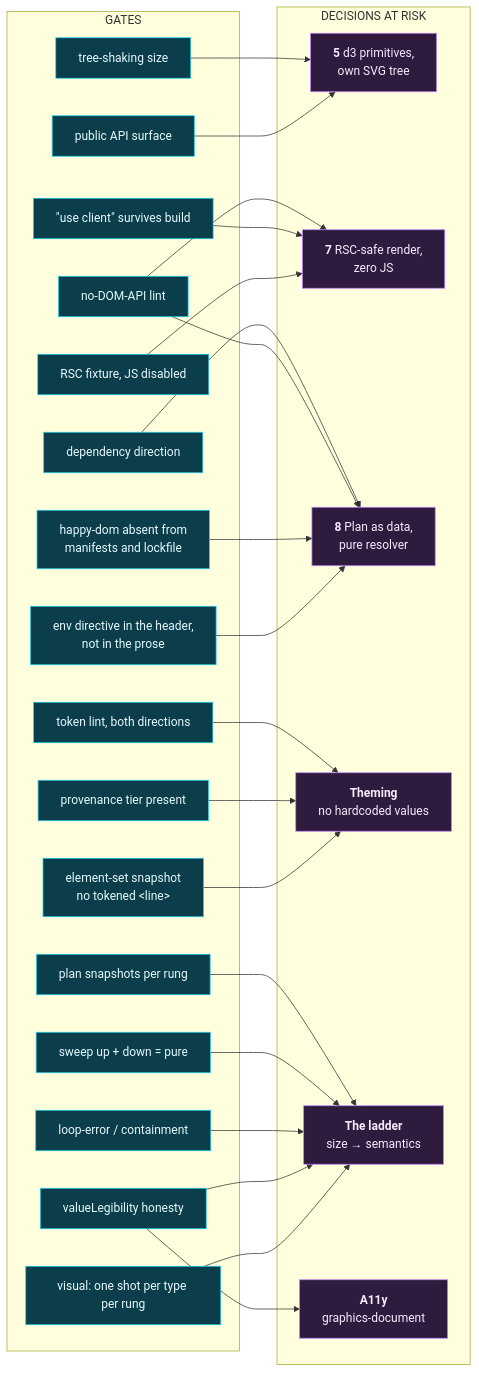
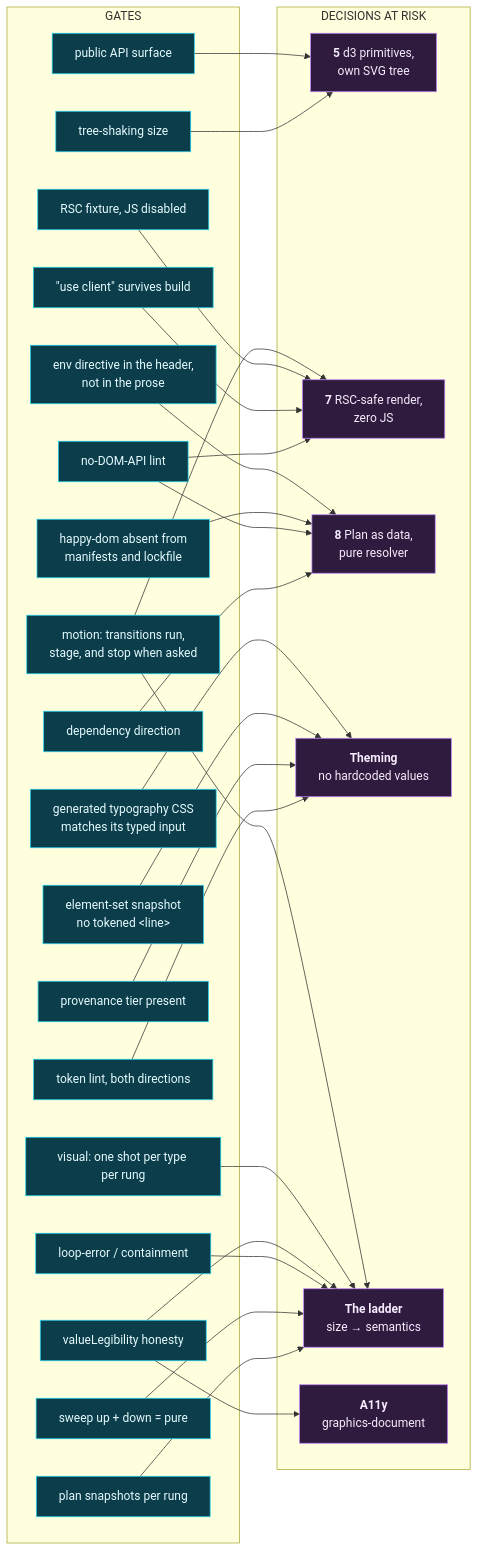
Before and after one commit to DeshpandeBoy/Defence-Charts: the first of 2 diagrams in research/maps/04-ci-gate-map.md, drawn with Mermaid. The commit also changed other lines of this file and 30 other files, not shown here.

````diff
--- a/research/maps/04-ci-gate-map.md
+++ b/research/maps/04-ci-gate-map.md
@@ -12,54 +12,59 @@
 ```mermaid
 flowchart LR
     subgraph d["DECISIONS AT RISK"]
         D5["<b>5</b> d3 primitives,<br/>own SVG tree"]
         D7["<b>7</b> RSC-safe render,<br/>zero JS"]
         D8["<b>8</b> Plan as data,<br/>pure resolver"]
         DT["<b>Theming</b><br/>no hardcoded values"]
         DL["<b>The ladder</b><br/>size → semantics"]
         DA["<b>A11y</b><br/>graphics-document"]
     end
 
     subgraph g["GATES"]
         G1["dependency direction"]
         G2["no-DOM-API lint"]
         G3["&quot;use client&quot; survives build"]
         G4["RSC fixture, JS disabled"]
         G5["tree-shaking size"]
         G6["public API surface"]
         G7["token lint, both directions"]
         G8["provenance tier present"]
         G9["plan snapshots per rung"]
         G10["sweep up + down = pure"]
         G11["loop-error / containment"]
         G12["valueLegibility honesty"]
         G13["visual: one shot per type per rung"]
         G14["element-set snapshot<br/>no tokened &lt;line&gt;"]
         G15["happy-dom absent from<br/>manifests and lockfile"]
         G16["env directive in the header,<br/>not in the prose"]
+        G17["generated typography CSS<br/>matches its typed input"]
+        G19["motion: transitions run,<br/>stage, and stop when asked"]
     end
 
     G1 --> D8
     G2 --> D8
     G2 --> D7
     G3 --> D7
     G4 --> D7
     G5 --> D5
     G6 --> D5
     G7 --> DT
     G8 --> DT
     G9 --> DL
     G10 --> DL
     G11 --> DL
     G12 --> DA
     G12 --> DL
     G13 --> DL
     G14 --> DT
     G15 --> D8
     G16 --> D8
+    G17 --> DT
+    G19 --> DL
+    G19 --> D7
 
     classDef dd fill:#2f1b3d,stroke:#c084fc,color:#f6ecff
     classDef gg fill:#0b3d4a,stroke:#22d3ee,color:#e6fbff
     class D5,D7,D8,DT,DL,DA dd
-    class G1,G2,G3,G4,G5,G6,G7,G8,G9,G10,G11,G12,G13,G14,G15,G16 gg
+    class G1,G2,G3,G4,G5,G6,G7,G8,G9,G10,G11,G12,G13,G14,G15,G16,G17,G19 gg
 ```
````
